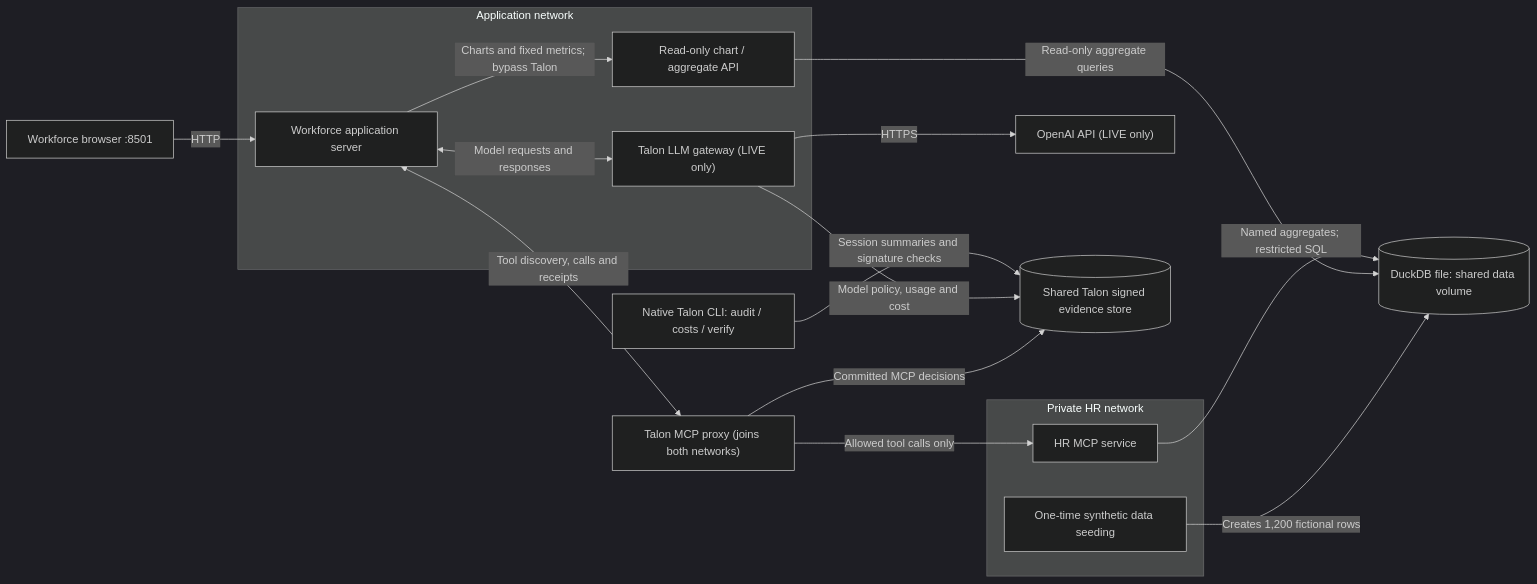
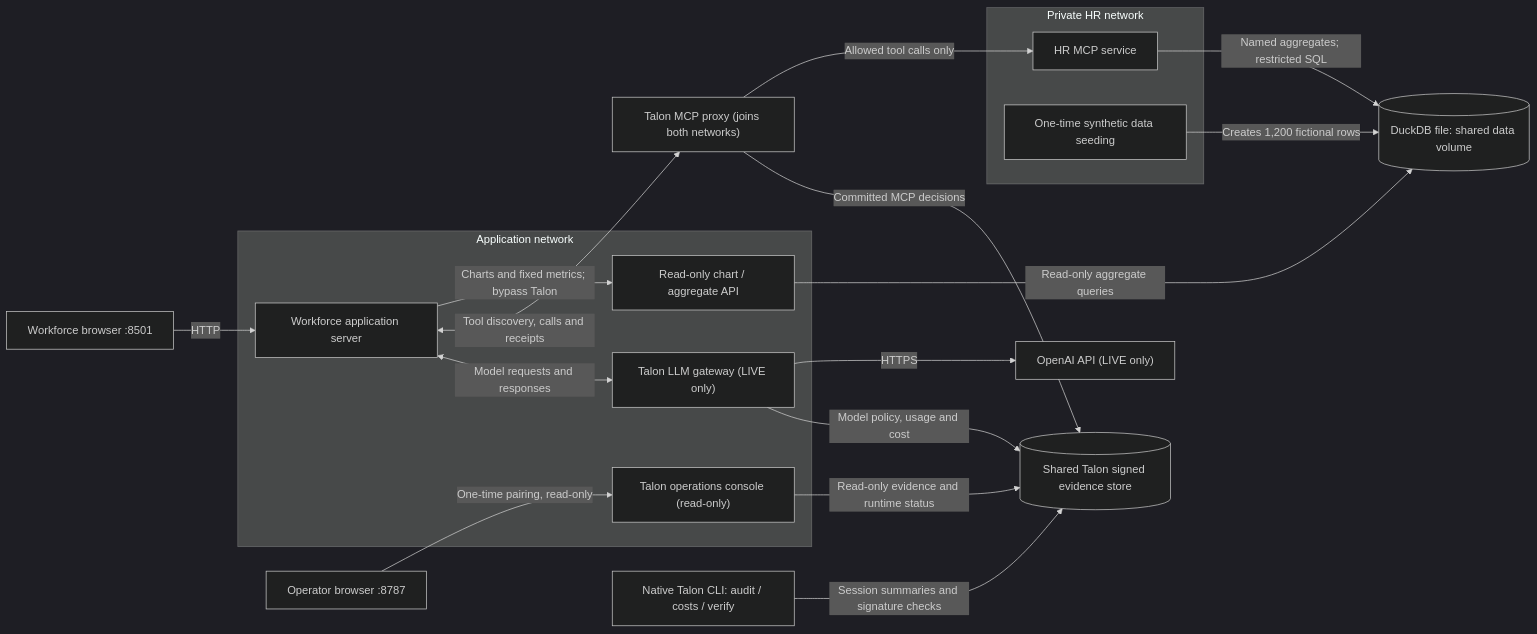
The second of 3 diagrams in cases/people-analytics-copilot/README.md (dativo-io/talon-full-demo), drawn with Mermaid (dark theme) before and after one commit. The commit also changed other lines of this file, not shown here.

Commit message:
docs(people-analytics): add operator UI journey and screenshot slots

````diff
--- a/cases/people-analytics-copilot/README.md
+++ b/cases/people-analytics-copilot/README.md
@@ -34,31 +34,35 @@
 ```mermaid
 flowchart LR
     B["Workforce browser :8501"]
+    OB["Operator browser :8787"]
     subgraph AppNet["Application network"]
         W["Workforce application server"]
         A["Read-only chart / aggregate API"]
         G["Talon LLM gateway (LIVE only)"]
+        OC["Talon operations console (read-only)"]
     end
     M["Talon MCP proxy (joins both networks)"]
     subgraph HRNet["Private HR network"]
         H["HR MCP service"]
         Seed["One-time synthetic data seeding"]
     end
     D[("DuckDB file: shared data volume")]
     O["OpenAI API (LIVE only)"]
     E[("Shared Talon signed evidence store")]
     C["Native Talon CLI: audit / costs / verify"]
 
     Seed -->|"Creates 1,200 fictional rows"| D
     B -->|"HTTP"| W
+    OB -->|"One-time pairing, read-only"| OC
+    OC -->|"Read-only evidence and runtime status"| E
     W -->|"Charts and fixed metrics; bypass Talon"| A
     A -->|"Read-only aggregate queries"| D
     W <-->|"Tool discovery, calls and receipts"| M
     M -->|"Allowed tool calls only"| H
     H -->|"Named aggregates; restricted SQL"| D
     W <-->|"Model requests and responses"| G
     G -->|"HTTPS"| O
     M -->|"Committed MCP decisions"| E
     G -->|"Model policy, usage and cost"| E
     C -->|"Session summaries and signature checks"| E
 ```
````
